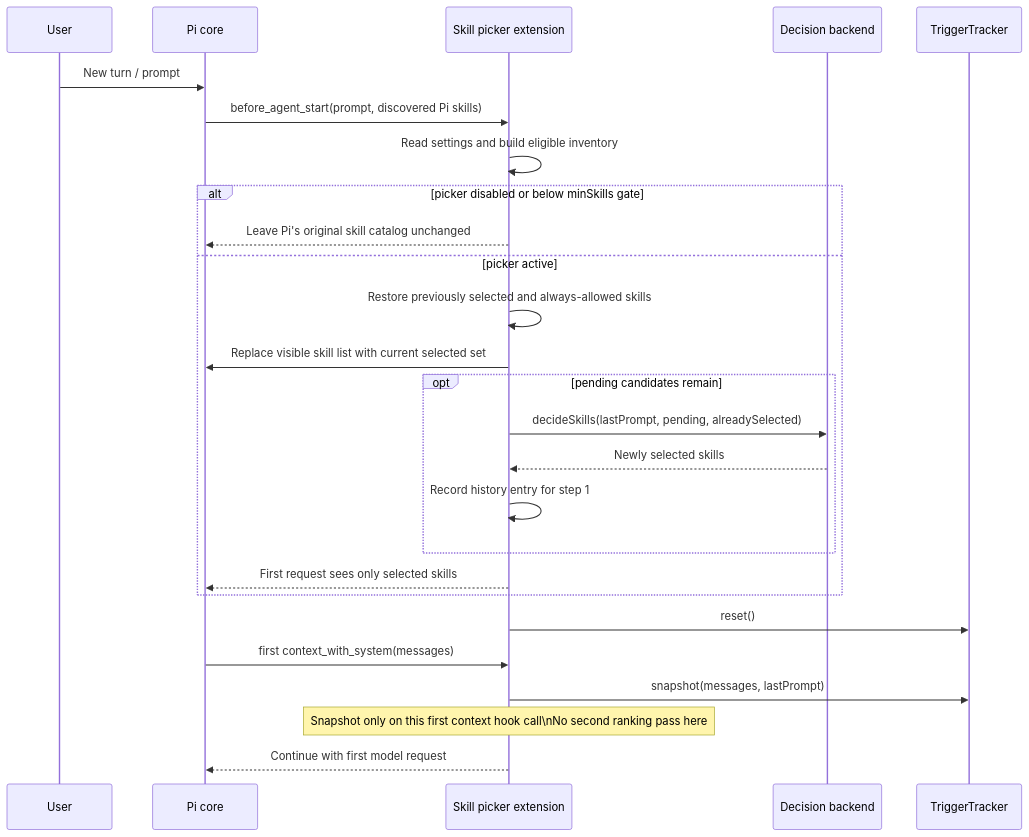
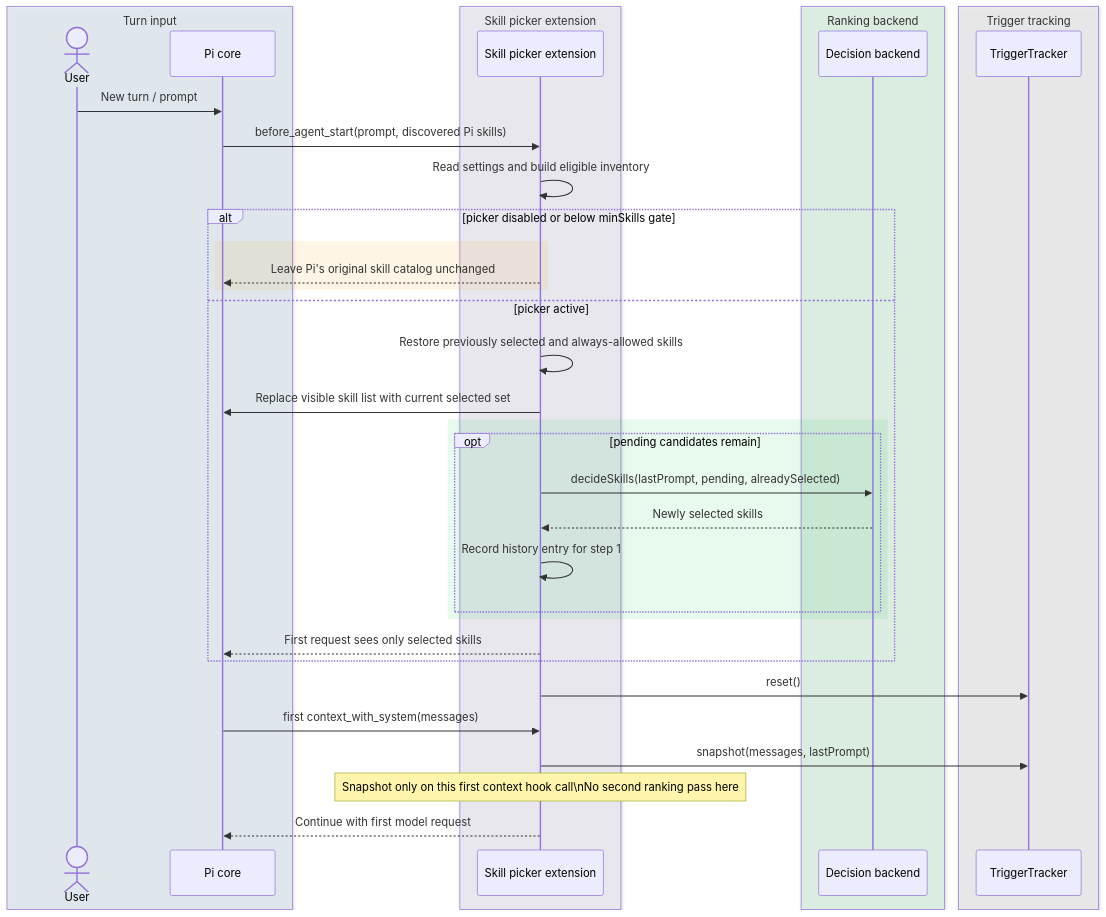
The second of 4 diagrams in docs/how-skill-picker-works.md (championswimmer/pi-skill-picker-jev), drawn with Mermaid before and after one commit. The commit also changed other lines of this file, not shown here.

Commit message:
docs: color and validate how-it-works Mermaid diagrams

````diff
--- a/docs/how-skill-picker-works.md
+++ b/docs/how-skill-picker-works.md
@@ -48,29 +64,41 @@
 ```mermaid
 sequenceDiagram
-  participant User
-  participant Pi as Pi core
-  participant Ext as Skill picker extension
-  participant Ranker as Decision backend
-  participant Tracker as TriggerTracker
+  box rgba(224, 242, 254, 0.45) Turn input
+    actor User
+    participant Pi as Pi core
+  end
+  box rgba(245, 243, 255, 0.55) Skill picker extension
+    participant Ext as Skill picker extension
+  end
+  box rgba(220, 252, 231, 0.55) Ranking backend
+    participant Ranker as Decision backend
+  end
+  box rgba(243, 244, 246, 0.60) Trigger tracking
+    participant Tracker as TriggerTracker
+  end
 
   User->>Pi: New turn / prompt
   Pi->>Ext: before_agent_start(prompt, discovered Pi skills)
   Ext->>Ext: Read settings and build eligible inventory
   alt picker disabled or below minSkills gate
-    Ext-->>Pi: Leave Pi's original skill catalog unchanged
+    rect rgba(245, 158, 11, 0.10)
+      Ext-->>Pi: Leave Pi's original skill catalog unchanged
+    end
   else picker active
     Ext->>Ext: Restore previously selected and always-allowed skills
     Ext->>Pi: Replace visible skill list with current selected set
-    opt pending candidates remain
-      Ext->>Ranker: decideSkills(lastPrompt, pending, alreadySelected)
-      Ranker-->>Ext: Newly selected skills
-      Ext->>Ext: Record history entry for step 1
+    rect rgba(34, 197, 94, 0.10)
+      opt pending candidates remain
+        Ext->>Ranker: decideSkills(lastPrompt, pending, alreadySelected)
+        Ranker-->>Ext: Newly selected skills
+        Ext->>Ext: Record history entry for step 1
+      end
     end
     Ext-->>Pi: First request sees only selected skills
   end
   Ext->>Tracker: reset()
   Pi->>Ext: first context_with_system(messages)
   Ext->>Tracker: snapshot(messages, lastPrompt)
   Note over Ext: Snapshot only on this first context hook call\nNo second ranking pass here
   Ext-->>Pi: Continue with first model request
 ```
````
